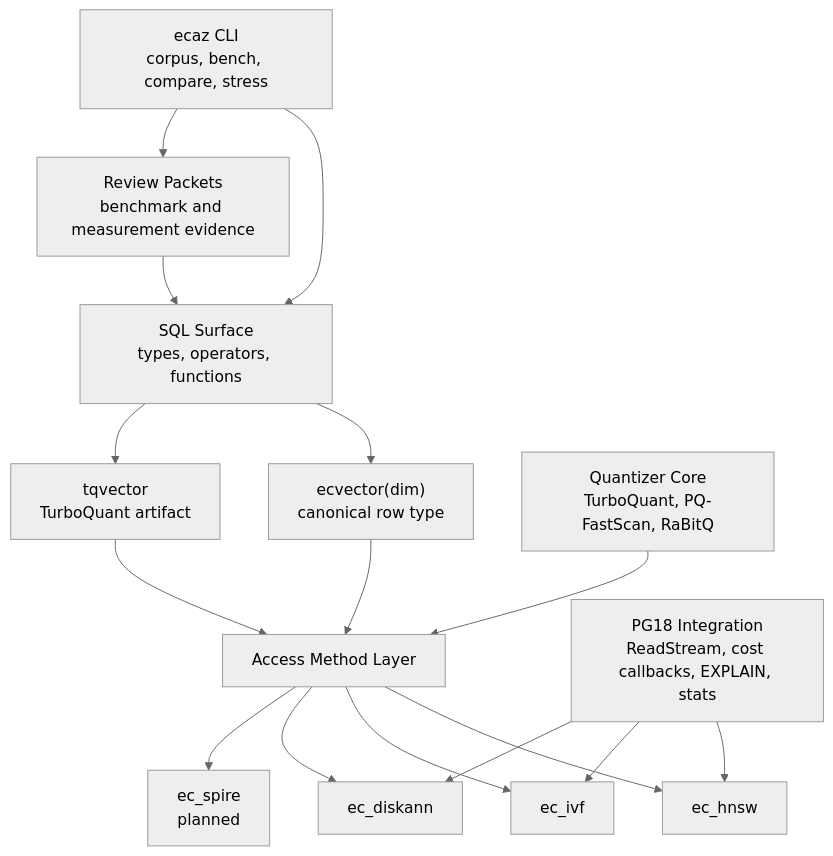
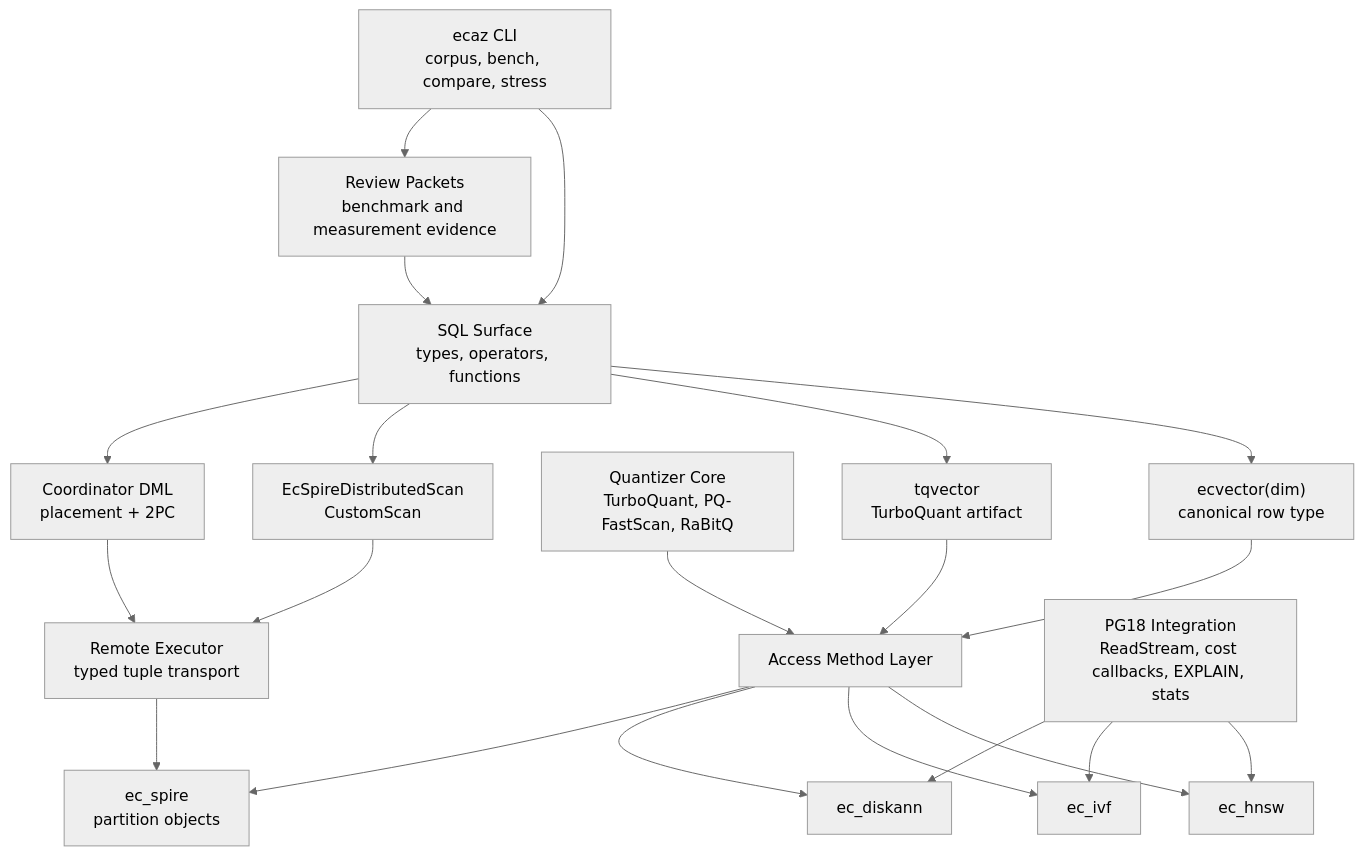
Before and after one commit to agent-ix/ecaz: the diagram in spec/spec.md, drawn with Mermaid (neutral theme). The commit also changed other lines of this file and 35 other files, not shown here.

````diff
--- a/spec/spec.md
+++ b/spec/spec.md
@@ -136,31 +136,39 @@
 ```mermaid
 graph TD
     SQL["SQL Surface<br/>types, operators, functions"]
     EC["ecvector(dim)<br/>canonical row type"]
     TQ["tqvector<br/>TurboQuant artifact"]
     Q["Quantizer Core<br/>TurboQuant, PQ-FastScan, RaBitQ"]
     AM["Access Method Layer"]
     H["ec_hnsw"]
     I["ec_ivf"]
     D["ec_diskann"]
-    S["ec_spire<br/>planned"]
+    S["ec_spire<br/>partition objects"]
+    CS["EcSpireDistributedScan<br/>CustomScan"]
+    RE["Remote Executor<br/>typed tuple transport"]
+    DML["Coordinator DML<br/>placement + 2PC"]
     PG18["PG18 Integration<br/>ReadStream, cost callbacks, EXPLAIN, stats"]
     CLI["ecaz CLI<br/>corpus, bench, compare, stress"]
     EVID["Review Packets<br/>benchmark and measurement evidence"]
 
     SQL --> EC
     SQL --> TQ
     EC --> AM
     TQ --> AM
     Q --> AM
     AM --> H
     AM --> I
     AM --> D
     AM --> S
+    SQL --> CS
+    SQL --> DML
+    CS --> RE
+    RE --> S
+    DML --> RE
     PG18 --> H
     PG18 --> I
     PG18 --> D
     CLI --> SQL
     CLI --> EVID
     EVID --> SQL
 ```
````
